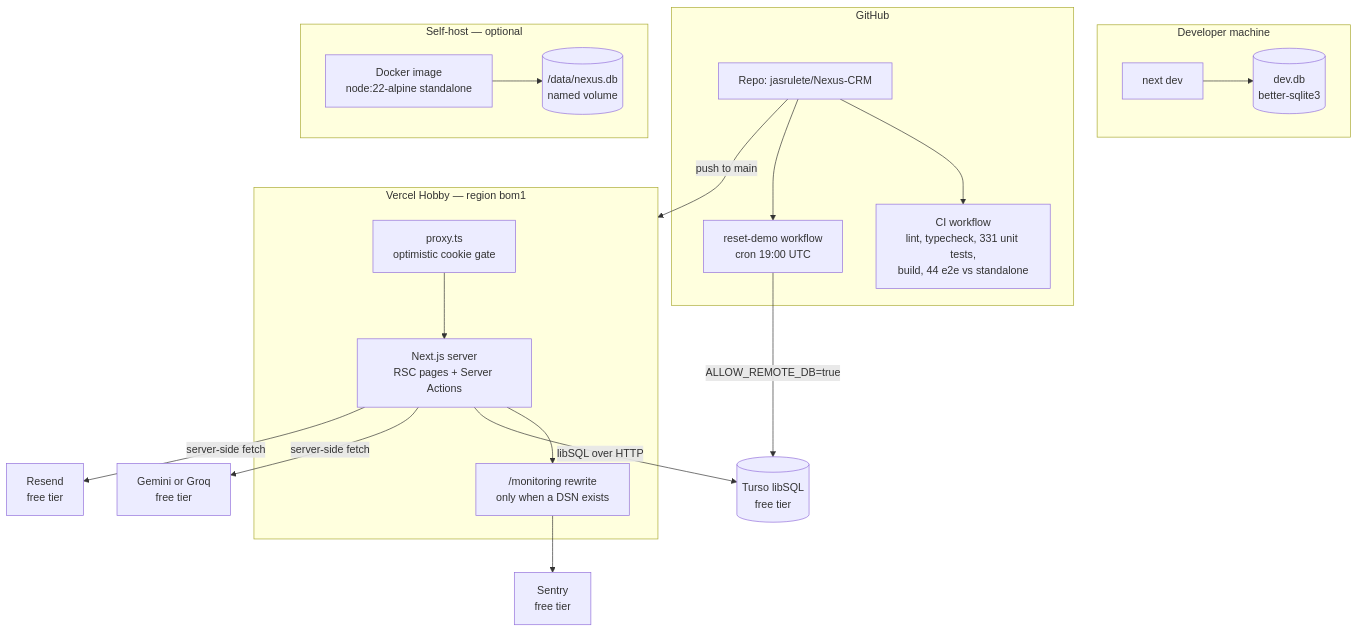
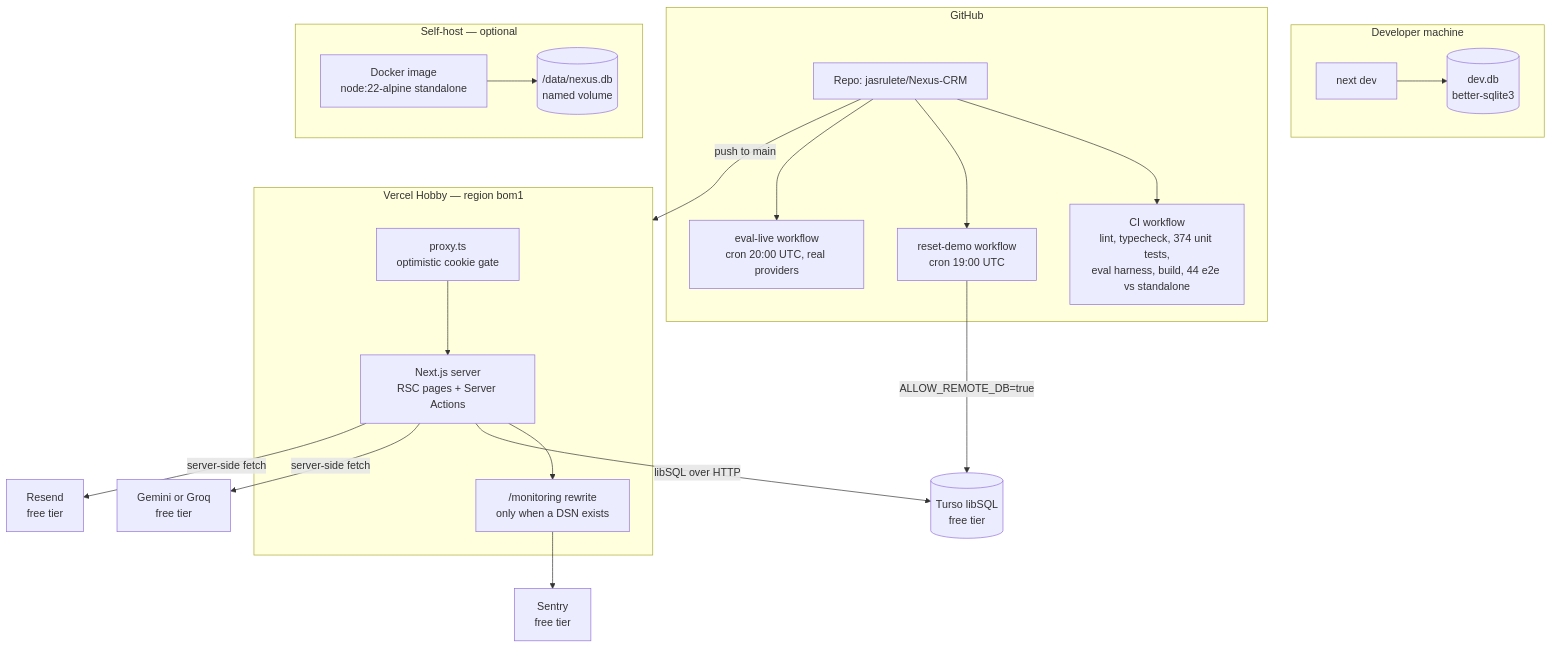
The first of 2 diagrams in docs/TECHNICAL-DESIGN.md (jasrulete/Nexus-CRM), drawn with Mermaid before and after one commit. The commit also changed other lines of this file and 7 other files, not shown here.

````diff
--- a/docs/TECHNICAL-DESIGN.md
+++ b/docs/TECHNICAL-DESIGN.md
@@ -82,42 +82,44 @@
 ```mermaid
 flowchart TB
     subgraph dev["Developer machine"]
         NEXTDEV["next dev"]
         FILE[("dev.db<br/>better-sqlite3")]
         NEXTDEV --> FILE
     end
 
     subgraph gh["GitHub"]
         REPO["Repo: jasrulete/Nexus-CRM"]
-        CI["CI workflow<br/>lint, typecheck, 331 unit tests,<br/>build, 44 e2e vs standalone"]
+        CI["CI workflow<br/>lint, typecheck, 374 unit tests,<br/>eval harness, build, 44 e2e vs standalone"]
         RESET["reset-demo workflow<br/>cron 19:00 UTC"]
+        EVAL["eval-live workflow<br/>cron 20:00 UTC, real providers"]
         REPO --> CI
         REPO --> RESET
+        REPO --> EVAL
     end
 
     subgraph vercel["Vercel Hobby — region bom1"]
         PROXY["proxy.ts<br/>optimistic cookie gate"]
         APP["Next.js server<br/>RSC pages + Server Actions"]
         TUNNEL["/monitoring rewrite<br/>only when a DSN exists"]
         PROXY --> APP
         APP --> TUNNEL
     end
 
     subgraph selfhost["Self-host — optional"]
         DOCKER["Docker image<br/>node:22-alpine standalone"]
         VOL[("/data/nexus.db<br/>named volume")]
         DOCKER --> VOL
     end
 
     TURSO[("Turso libSQL<br/>free tier")]
     AI["Gemini or Groq<br/>free tier"]
     RESEND["Resend<br/>free tier"]
     SENTRY["Sentry<br/>free tier"]
 
     REPO -- "push to main" --> vercel
     APP -- "libSQL over HTTP" --> TURSO
     RESET -- "ALLOW_REMOTE_DB=true" --> TURSO
     APP -- "server-side fetch" --> AI
     APP -- "server-side fetch" --> RESEND
     TUNNEL --> SENTRY
 ```
````
